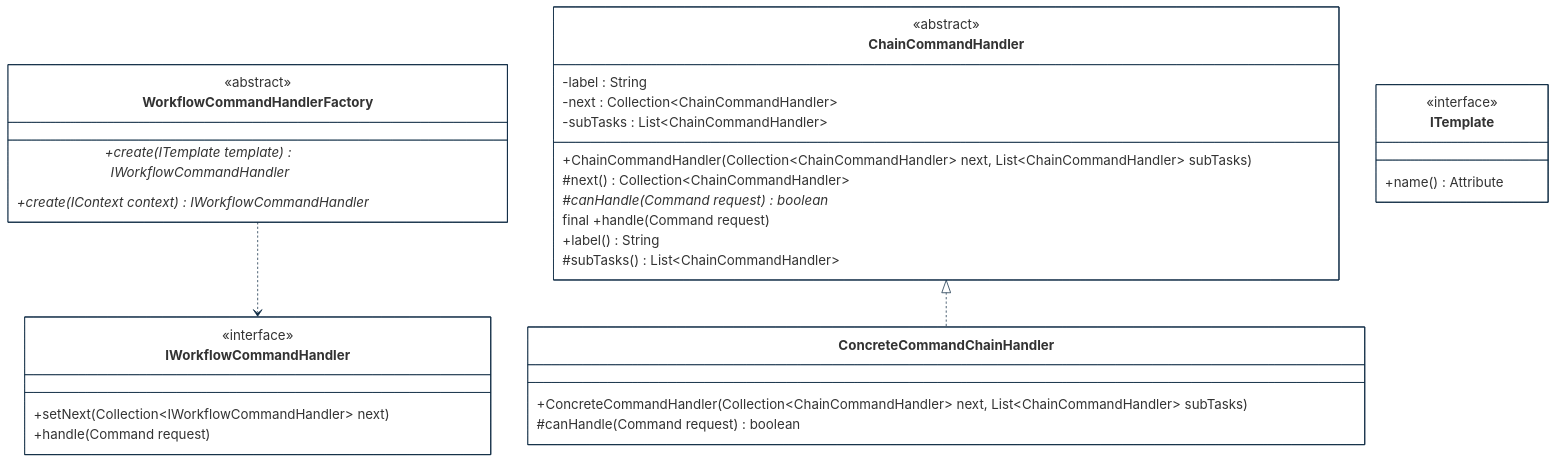
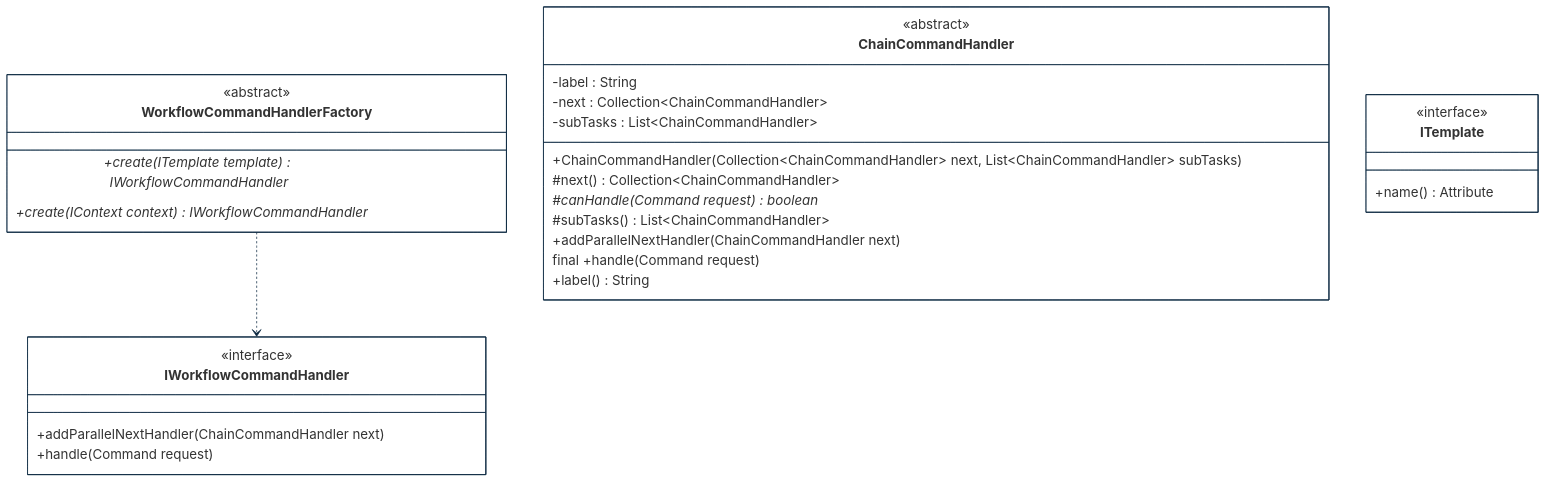
The diagram in implementations-line/features/workflow-process/security-activity-orchestration/designview-structure-models.md (cybnity/foundation), drawn with Mermaid before and after one commit. The commit also changed other lines of this file and 20 other files, not shown here.

````diff
--- a/implementations-line/features/workflow-process/security-activity-orchestration/designview-structure-models.md
+++ b/implementations-line/features/workflow-process/security-activity-orchestration/designview-structure-models.md
@@ -21,54 +20,50 @@
 ```mermaid
 %%{
   init: {
     'theme': 'base',
     'themeVariables': {
         'background': '#ffffff',
         'fontFamily': 'arial',
         'fontSize': '18px',
         'primaryColor': '#fff',
         'primaryBorderColor': '#0e2a43',
         'secondaryBorderColor': '#0e2a43',
         'tertiaryBorderColor': '#0e2a43',
         'edgeLabelBackground':'#0e2a43',
         'lineColor': '#0e2a43',
         'tertiaryColor': '#fff'
     }
   }
 }%%
 classDiagram
   WorkflowCommandHandlerFactory ..> IWorkflowCommandHandler
-  ChainCommandHandler <|.. ConcreteCommandChainHandler
 
-  class ConcreteCommandChainHandler {
-      +ConcreteCommandHandler(Collection~ChainCommandHandler~ next, List~ChainCommandHandler~ subTasks)
-      #canHandle(Command request) boolean
-  }
   class ChainCommandHandler {
       <<abstract>>
       -label : String
       -next : Collection~ChainCommandHandler~
       -subTasks : List~ChainCommandHandler~
       +ChainCommandHandler(Collection~ChainCommandHandler~ next, List~ChainCommandHandler~ subTasks)
       #next() Collection~ChainCommandHandler~
       #canHandle(Command request)* boolean
+      #subTasks() List~ChainCommandHandler~
+      +addParallelNextHandler(ChainCommandHandler next)
       final +handle(Command request)
       +label() String
-      #subTasks() List~ChainCommandHandler~
   }
   class WorkflowCommandHandlerFactory {
       <<abstract>>
       +create(ITemplate template)* IWorkflowCommandHandler
       +create(IContext context)* IWorkflowCommandHandler
   }
   class IWorkflowCommandHandler {
       <<interface>>
-      +setNext(Collection~IWorkflowCommandHandler~ next)
+      +addParallelNextHandler(ChainCommandHandler next)
       +handle(Command request)
   }
   class ITemplate {
       <<interface>>
       +name() Attribute
   }
 
 ```
````
